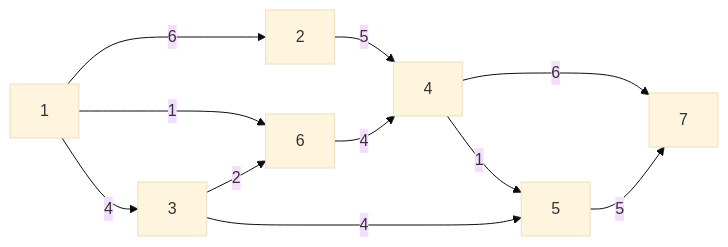
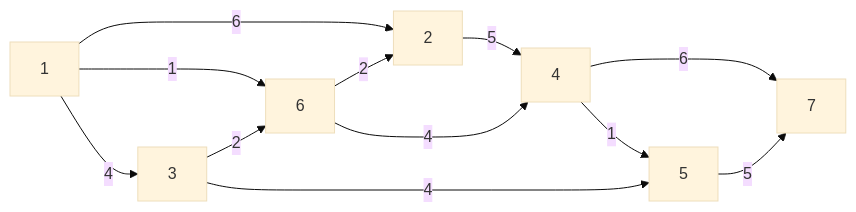
Before and after one commit to SuperSamus/appunti-universitari: the first of 3 diagrams in Ricerca operativa/Problemi di ottimizzazione/Esempi/Esempio ottimizzazione trasporto massimo.md, drawn with Mermaid (base theme). The commit also changed other lines of this file, not shown here.

````diff
--- a/Ricerca operativa/Problemi di ottimizzazione/Esempi/Esempio ottimizzazione trasporto massimo.md
+++ b/Ricerca operativa/Problemi di ottimizzazione/Esempi/Esempio ottimizzazione trasporto massimo.md
@@ -3,7 +3,7 @@
 ```mermaid
 flowchart LR
 1 -- 6 --> 2 -- 5 --> 4 -- 6 --> 7
 1 -- 1 --> 6 -- 4 --> 4 -- 1 --> 5
 1 -- 4 --> 3 -- 4 --> 5 -- 5 --> 7
-3 -- 2 --> 6
+3 -- 2 --> 6 -- 2 --> 2
 ```
````
